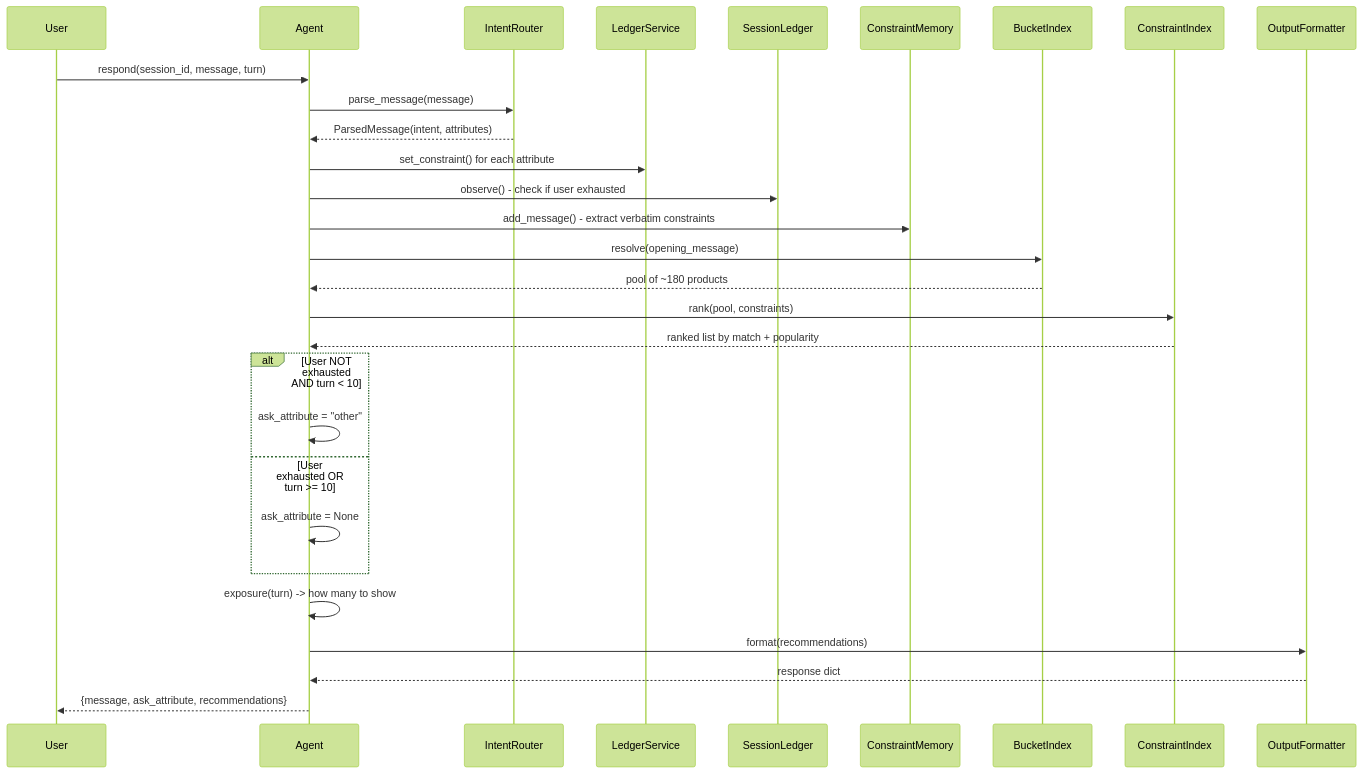
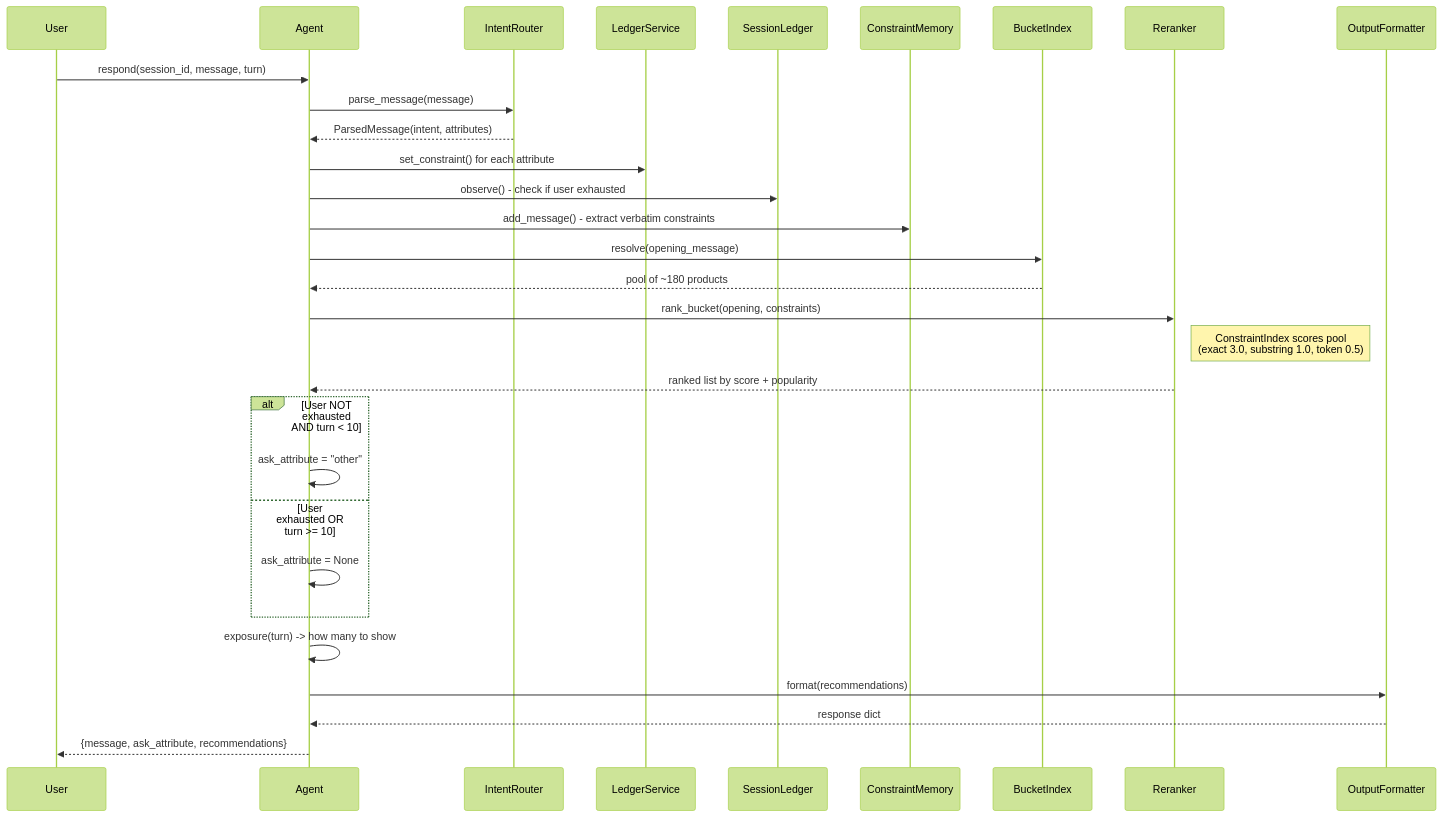
Before and after one commit to johngao122/techjam-conversational-search: the third of 3 diagrams in docs/diagrams/architecture.md, drawn with Mermaid (forest theme). The commit also changed other lines of this file and 8 other files, not shown here.

Commit message:
update diagram

````diff
--- a/docs/diagrams/architecture.md
+++ b/docs/diagrams/architecture.md
@@ -138,38 +149,39 @@
 ```mermaid
 sequenceDiagram
     participant U as User
     participant A as Agent
     participant IR as IntentRouter
     participant LS as LedgerService
     participant SL as SessionLedger
     participant CM as ConstraintMemory
     participant BI as BucketIndex
-    participant CI as ConstraintIndex
+    participant RR as Reranker
     participant OF as OutputFormatter
 
     U->>A: respond(session_id, message, turn)
     A->>IR: parse_message(message)
     IR-->>A: ParsedMessage(intent, attributes)
     
     A->>LS: set_constraint() for each attribute
     A->>SL: observe() - check if user exhausted
     A->>CM: add_message() - extract verbatim constraints
     
     A->>BI: resolve(opening_message)
     BI-->>A: pool of ~180 products
     
-    A->>CI: rank(pool, constraints)
-    CI-->>A: ranked list by match + popularity
+    A->>RR: rank_bucket(opening, constraints)
+    Note right of RR: ConstraintIndex scores pool<br/>(exact 3.0, substring 1.0, token 0.5)
+    RR-->>A: ranked list by score + popularity
     
     alt User NOT exhausted AND turn < 10
         A->>A: ask_attribute = "other"
     else User exhausted OR turn >= 10
         A->>A: ask_attribute = None
     end
     
     A->>A: exposure(turn) -> how many to show
     A->>OF: format(recommendations)
     OF-->>A: response dict
     
     A-->>U: {message, ask_attribute, recommendations}
 ```
````
